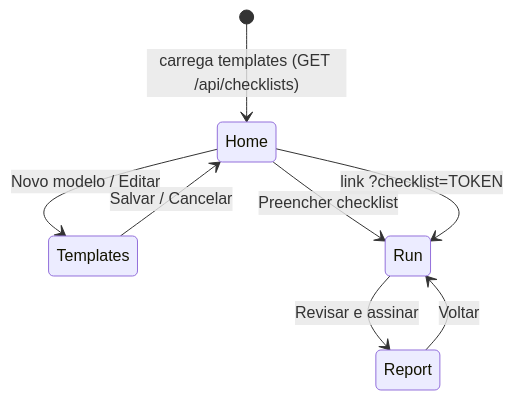
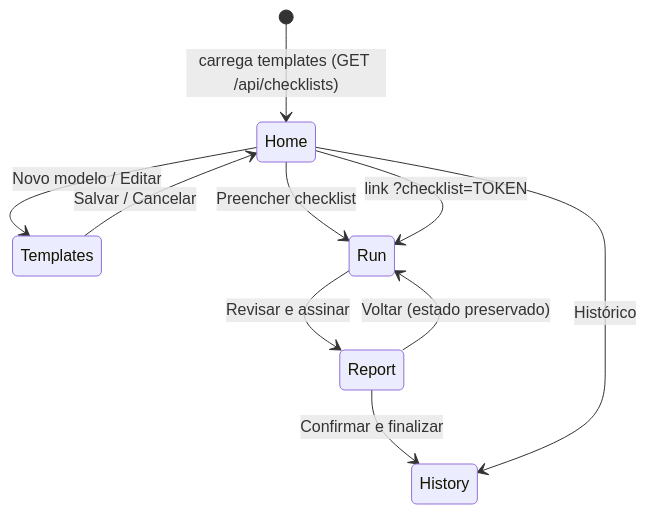
The first of 6 diagrams in README.md (teonett/gerador_conferencia_p0l4r1s), drawn with Mermaid before and after one commit. The commit also changed other lines of this file and 4 other files, not shown here.

````diff
--- a/README.md
+++ b/README.md
@@ -150,10 +159,12 @@
 ```mermaid
 stateDiagram-v2
     [*] --> Home: carrega templates (GET /api/checklists)
     Home --> Templates: Novo modelo / Editar
     Templates --> Home: Salvar / Cancelar
     Home --> Run: Preencher checklist
     Run --> Report: Revisar e assinar
-    Report --> Run: Voltar
+    Report --> History: Confirmar e finalizar
+    Report --> Run: Voltar (estado preservado)
+    Home --> History: Histórico
     Home --> Run: link ?checklist=TOKEN
 ```
````
